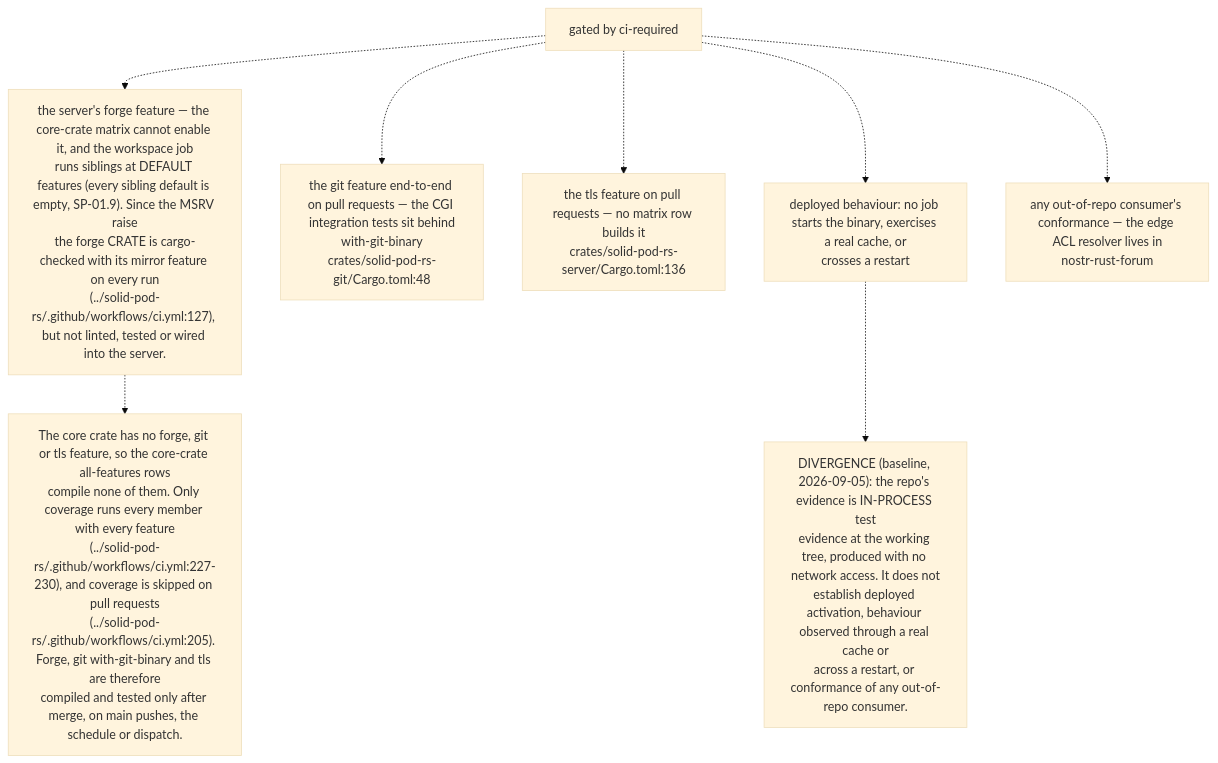
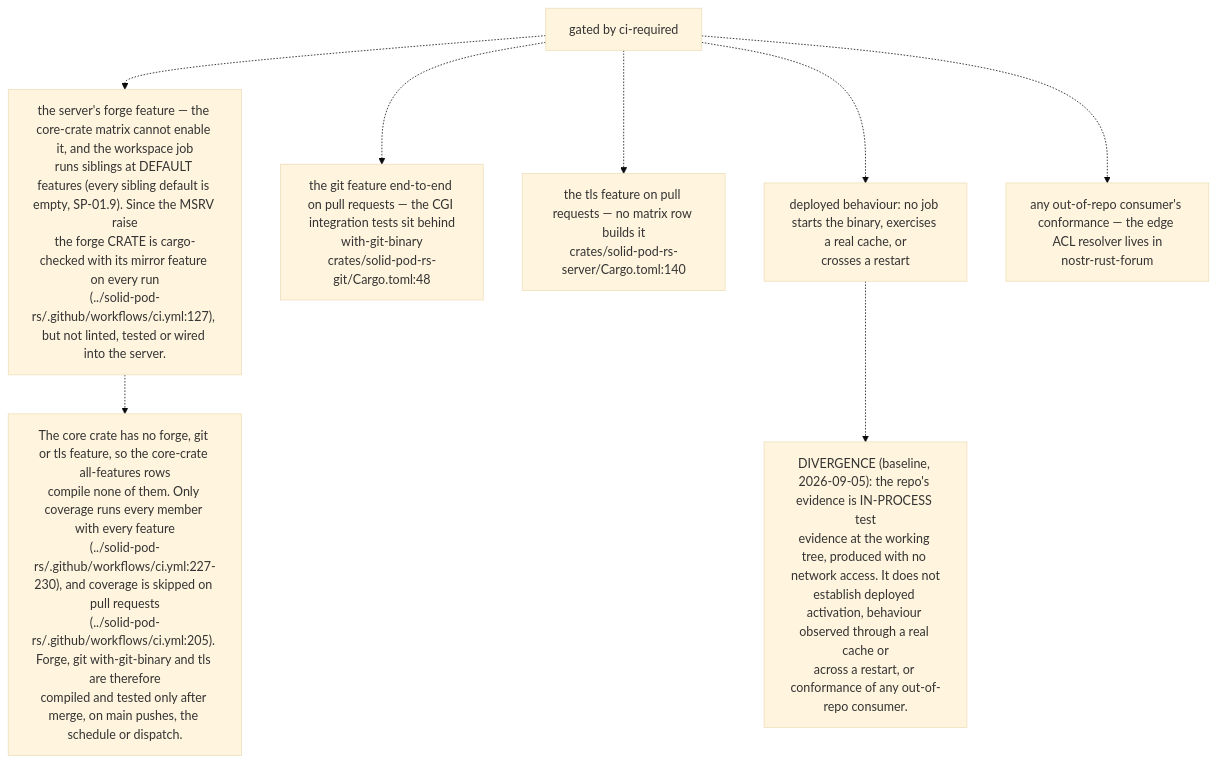
One commit to DreamLab-AI/VisionFlow changed the eighth of 10 diagrams in docs/diagrams/solid-pod-rs/09-ci-release-and-consumer-pins.md. Above: the diagram before and after it, drawn with Mermaid (base theme). The commit also changed other lines of this file, not shown here.

First line of the commit message:
docs(diagrams): SP-09 re-verified at solid-pod-rs a28a748; forum re-pinned at af4f0d5, website overlay at 567bed6

````diff
--- a/docs/diagrams/solid-pod-rs/09-ci-release-and-consumer-pins.md
+++ b/docs/diagrams/solid-pod-rs/09-ci-release-and-consumer-pins.md
@@ -290,20 +308,20 @@
 ```mermaid
 flowchart TD
     GATED["gated by ci-required"]
     NG1["the server's forge feature — the core-crate matrix cannot enable it, and the workspace job<br/>runs siblings at DEFAULT features (every sibling default is empty, SP-01.9). Since the MSRV raise<br/>the forge CRATE is cargo-checked with its mirror feature on every run<br/>(../solid-pod-rs/.github/workflows/ci.yml:127), but not linted, tested or wired into the server."]
     NG2["the git feature end-to-end on pull requests — the CGI integration tests sit behind<br/>with-git-binary<br/>crates/solid-pod-rs-git/Cargo.toml:48"]
-    NG3["the tls feature on pull requests — no matrix row builds it<br/>crates/solid-pod-rs-server/Cargo.toml:136"]
+    NG3["the tls feature on pull requests — no matrix row builds it<br/>crates/solid-pod-rs-server/Cargo.toml:140"]
     NG4["deployed behaviour: no job starts the binary, exercises a real cache, or<br/>crosses a restart"]
     NG5["any out-of-repo consumer's conformance — the edge ACL resolver lives in<br/>nostr-rust-forum"]
 
     GATED -.-> NG1
     GATED -.-> NG2
     GATED -.-> NG3
     GATED -.-> NG4
     GATED -.-> NG5
 
     N["DIVERGENCE (baseline, 2026-09-05): the repo's evidence is IN-PROCESS test<br/>evidence at the working tree, produced with no network access. It does not<br/>establish deployed activation, behaviour observed through a real cache or<br/>across a restart, or conformance of any out-of-repo consumer."]
     NG4 -.-> N
     N2["The core crate has no forge, git or tls feature, so the core-crate all-features rows<br/>compile none of them. Only coverage runs every member with every feature<br/>(../solid-pod-rs/.github/workflows/ci.yml:227-230), and coverage is skipped on pull requests<br/>(../solid-pod-rs/.github/workflows/ci.yml:205). Forge, git with-git-binary and tls are therefore<br/>compiled and tested only after merge, on main pushes, the schedule or dispatch."]
     NG1 -.-> N2
 ```
````
